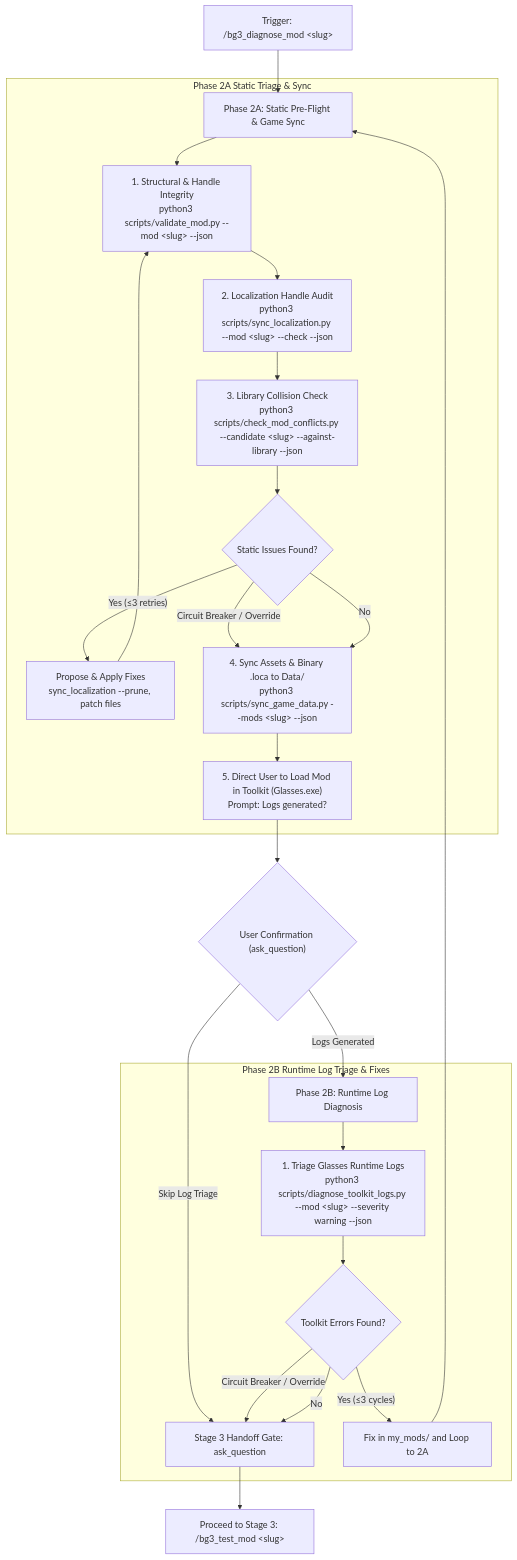
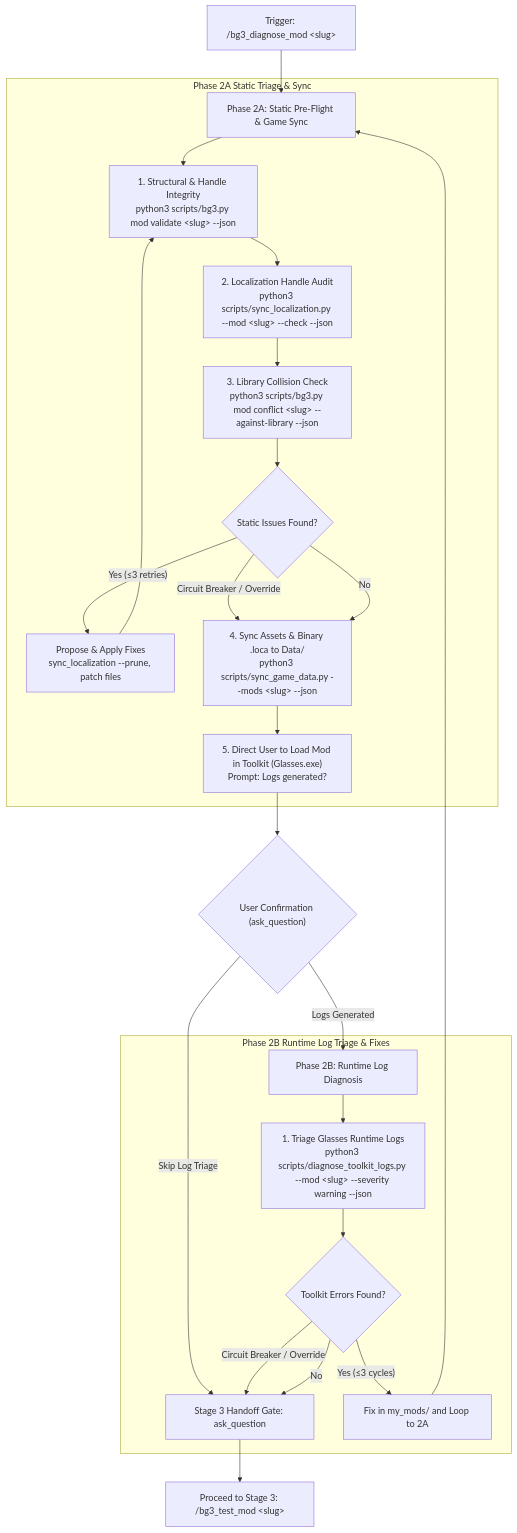
One commit to jpelton-stroud/bg3-mod-studio changed the diagram in .agents/skills/bg3_diagnose_mod/SKILL.md. Above: the diagram before and after it, drawn with Mermaid. The commit also changed other lines of this file and 29 other files, not shown here.

First line of the commit message:
feat(cli): implement unified CLI standards, mod.io tooling, and library management (#32)

````diff
--- a/.agents/skills/bg3_diagnose_mod/SKILL.md
+++ b/.agents/skills/bg3_diagnose_mod/SKILL.md
@@ -29,38 +29,38 @@
 ```mermaid
 flowchart TD
     Trigger["Trigger: /bg3_diagnose_mod &lt;slug&gt;"] --> Phase2A["Phase 2A: Static Pre-Flight & Game Sync"]
     
     subgraph Phase 2A Static Triage & Sync
         Phase2A --> Val["1. Structural & Handle Integrity
-python3 scripts/validate_mod.py --mod &lt;slug&gt; --json"]
+python3 scripts/bg3.py mod validate &lt;slug&gt; --json"]
         Val --> Loc["2. Localization Handle Audit
 python3 scripts/sync_localization.py --mod &lt;slug&gt; --check --json"]
         Loc --> Conf["3. Library Collision Check
-python3 scripts/check_mod_conflicts.py --candidate &lt;slug&gt; --against-library --json"]
+python3 scripts/bg3.py mod conflict &lt;slug&gt; --against-library --json"]
         Conf --> Fix2A{"Static Issues Found?"}
         Fix2A -- "Yes (≤3 retries)" --> Patch2A["Propose & Apply Fixes
 sync_localization --prune, patch files"]
         Patch2A --> Val
         Fix2A -- "Circuit Breaker / Override" --> Sync
         Fix2A -- "No" --> Sync["4. Sync Assets & Binary .loca to Data/
 python3 scripts/sync_game_data.py --mods &lt;slug&gt; --json"]
         Sync --> PromptUser["5. Direct User to Load Mod in Toolkit (Glasses.exe)
 Prompt: Logs generated?"]
     end
     
     PromptUser --> UserGate{"User Confirmation (ask_question)"}
     UserGate -- "Logs Generated" --> Phase2B["Phase 2B: Runtime Log Diagnosis"]
     UserGate -- "Skip Log Triage" --> Gate["Stage 3 Handoff Gate: ask_question"]
     
     subgraph Phase 2B Runtime Log Triage & Fixes
         Phase2B --> Logs["1. Triage Glasses Runtime Logs
 python3 scripts/diagnose_toolkit_logs.py --mod &lt;slug&gt; --severity warning --json"]
         Logs --> LogFix{"Toolkit Errors Found?"}
         LogFix -- "Yes (≤3 cycles)" --> Patch2B["Fix in my_mods/ and Loop to 2A"]
         LogFix -- "Circuit Breaker / Override" --> Gate
         LogFix -- "No" --> Gate
     end
     
     Patch2B --> Phase2A
     Gate --> TestMod["Proceed to Stage 3: /bg3_test_mod &lt;slug&gt;"]
 ```
````
